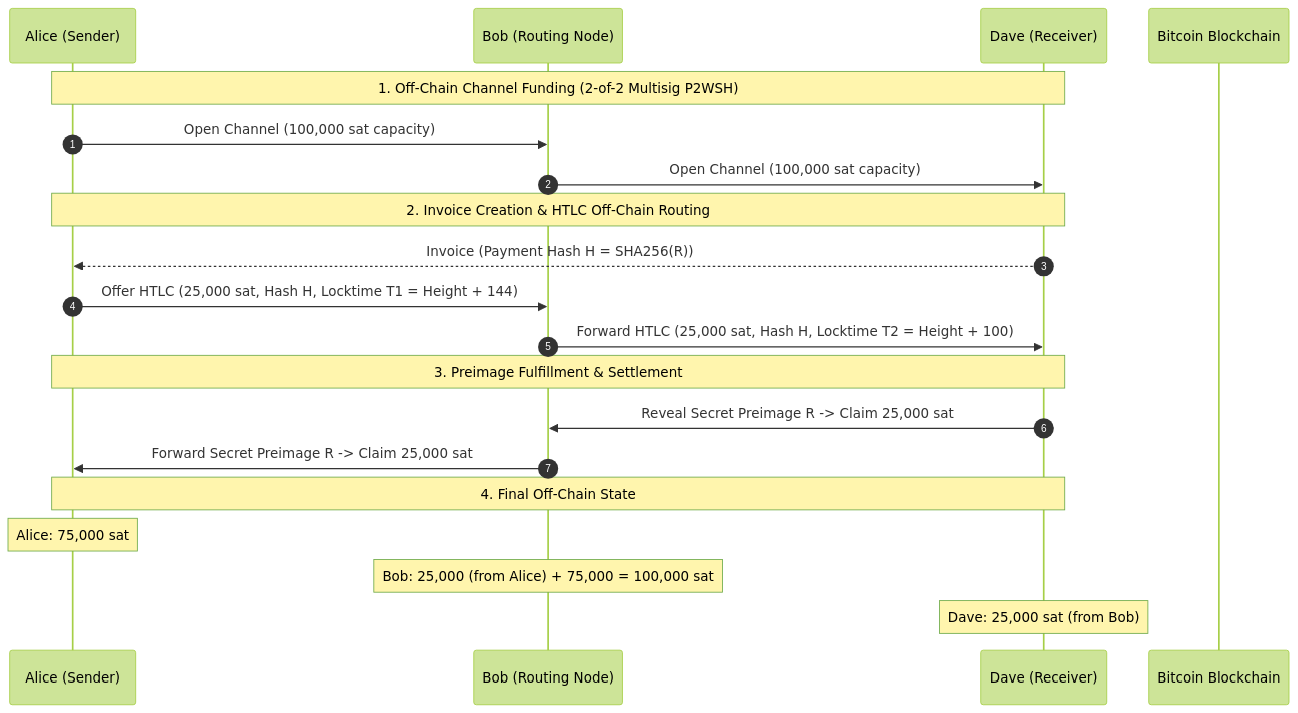
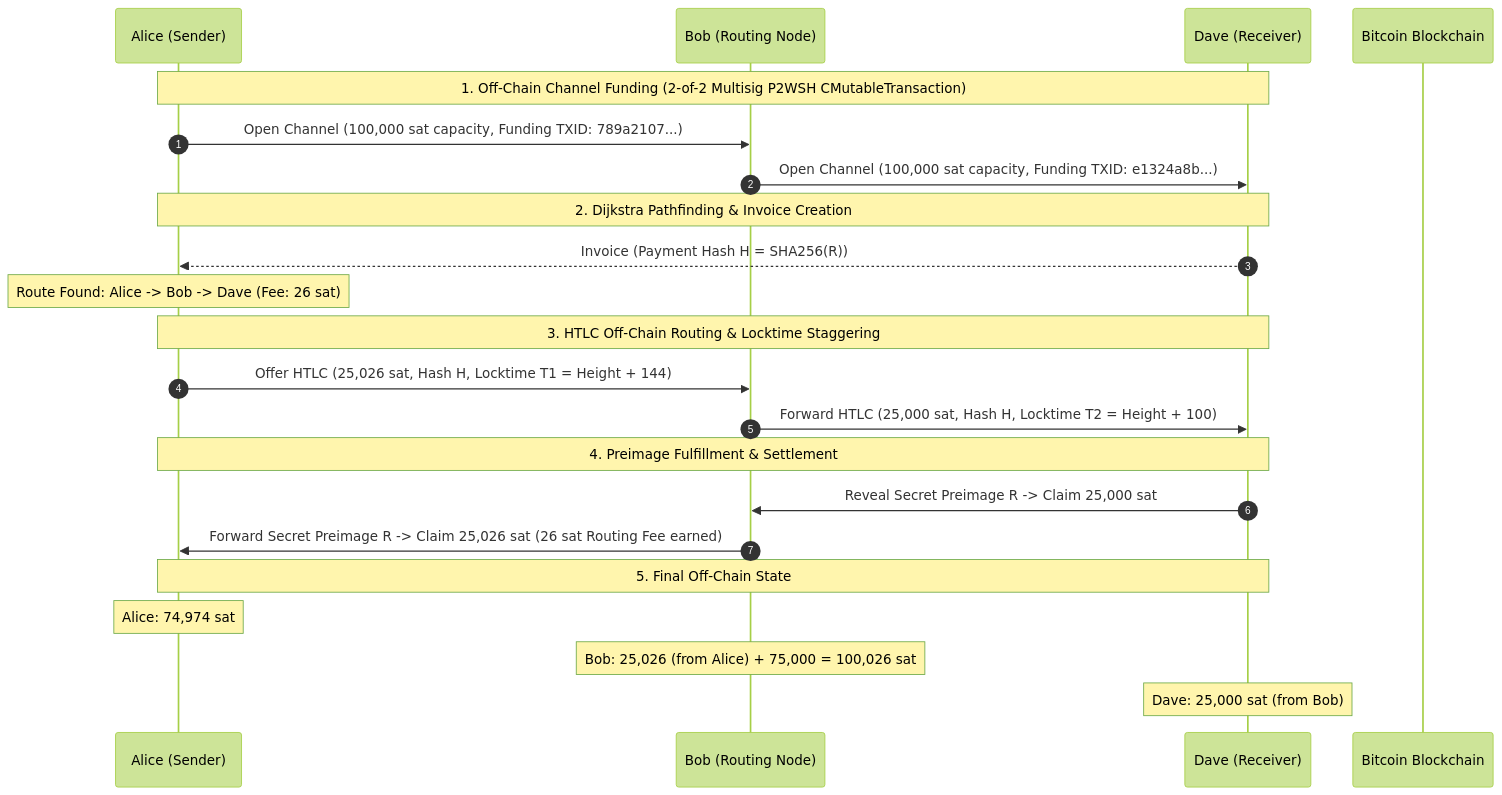
The diagram in README.md (Seintian/unito-blockchain-25-26-payment-communities), drawn with Mermaid (forest theme) before and after one commit. The commit also changed other lines of this file and 2 other files, not shown here.

Commit message:
docs: update README with advanced architecture and specifications

````diff
--- a/README.md
+++ b/README.md
@@ -21,26 +34,29 @@
 ```mermaid
 sequenceDiagram
     autonumber
     participant Alice as Alice (Sender)
     participant Bob as Bob (Routing Node)
     participant Dave as Dave (Receiver)
     participant BTC as Bitcoin Blockchain
 
-    Note over Alice, Dave: 1. Off-Chain Channel Funding (2-of-2 Multisig P2WSH)
-    Alice->>Bob: Open Channel (100,000 sat capacity)
-    Bob->>Dave: Open Channel (100,000 sat capacity)
+    Note over Alice, Dave: 1. Off-Chain Channel Funding (2-of-2 Multisig P2WSH CMutableTransaction)
+    Alice->>Bob: Open Channel (100,000 sat capacity, Funding TXID: 789a2107...)
+    Bob->>Dave: Open Channel (100,000 sat capacity, Funding TXID: e1324a8b...)
 
-    Note over Alice, Dave: 2. Invoice Creation & HTLC Off-Chain Routing
+    Note over Alice, Dave: 2. Dijkstra Pathfinding & Invoice Creation
     Dave-->>Alice: Invoice (Payment Hash H = SHA256(R))
-    Alice->>Bob: Offer HTLC (25,000 sat, Hash H, Locktime T1 = Height + 144)
+    Note over Alice: Route Found: Alice -> Bob -> Dave (Fee: 26 sat)
+
+    Note over Alice, Dave: 3. HTLC Off-Chain Routing & Locktime Staggering
+    Alice->>Bob: Offer HTLC (25,026 sat, Hash H, Locktime T1 = Height + 144)
     Bob->>Dave: Forward HTLC (25,000 sat, Hash H, Locktime T2 = Height + 100)
 
-    Note over Alice, Dave: 3. Preimage Fulfillment & Settlement
+    Note over Alice, Dave: 4. Preimage Fulfillment & Settlement
     Dave->>Bob: Reveal Secret Preimage R -> Claim 25,000 sat
-    Bob->>Alice: Forward Secret Preimage R -> Claim 25,000 sat
+    Bob->>Alice: Forward Secret Preimage R -> Claim 25,026 sat (26 sat Routing Fee earned)
 
-    Note over Alice, Dave: 4. Final Off-Chain State
-    Note over Alice: Alice: 75,000 sat
-    Note over Bob: Bob: 25,000 (from Alice) + 75,000 = 100,000 sat
+    Note over Alice, Dave: 5. Final Off-Chain State
+    Note over Alice: Alice: 74,974 sat
+    Note over Bob: Bob: 25,026 (from Alice) + 75,000 = 100,026 sat
     Note over Dave: Dave: 25,000 sat (from Bob)
 ```
````
